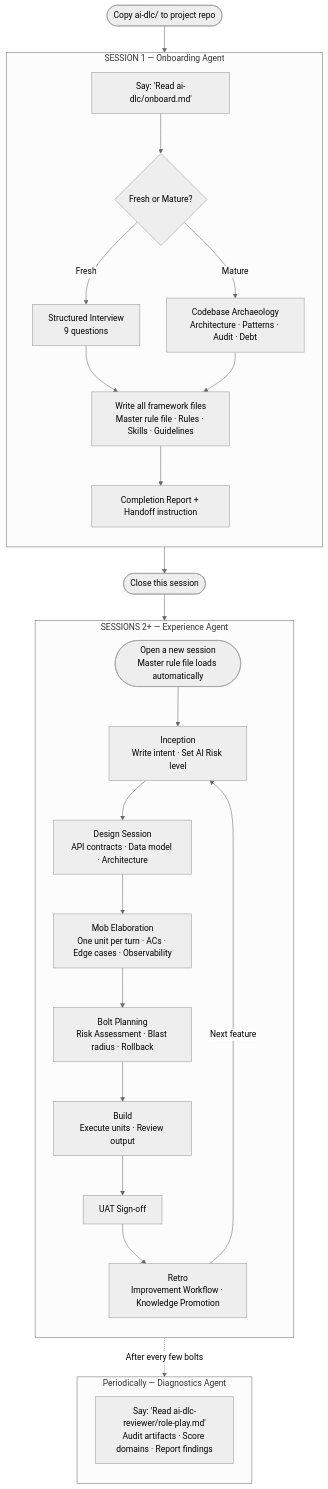
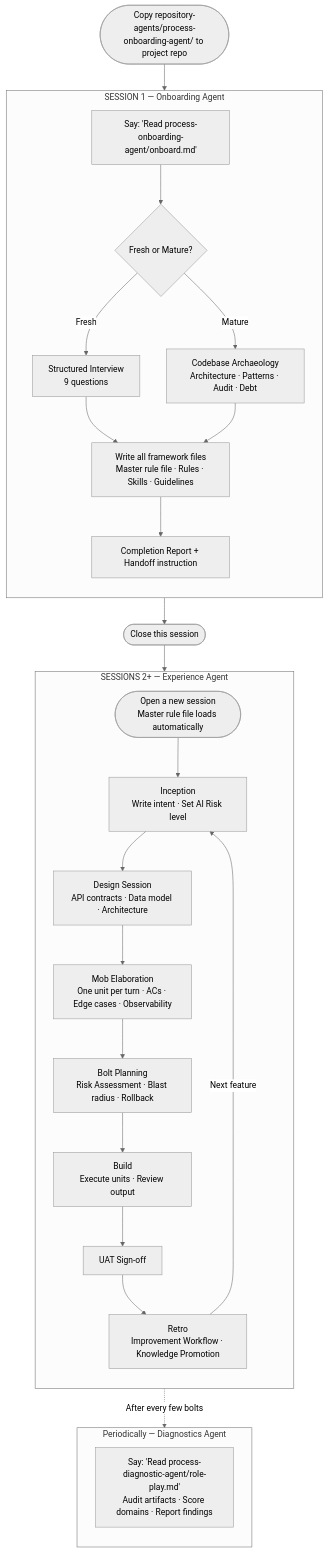
Before and after one commit to 99x-Projects/ai-dlc-base: the first of 2 diagrams in README.md, drawn with Mermaid (neutral theme). The commit also changed other lines of this file and 50 other files, not shown here.

````diff
--- a/README.md
+++ b/README.md
@@ -139,38 +139,38 @@
 ```mermaid
 flowchart TD
-    START([Copy ai-dlc/ to project repo])
+    START([Copy repository-agents/process-onboarding-agent/ to project repo])
     START --> OA_ENTRY
 
     subgraph OA ["SESSION 1 — Onboarding Agent"]
         direction TB
-        OA_ENTRY["Say: 'Read ai-dlc/onboard.md'"]
+        OA_ENTRY["Say: 'Read process-onboarding-agent/onboard.md'"]
         OA_ENTRY --> BRANCH{Fresh or Mature?}
         BRANCH -->|Fresh| INTERVIEW["Structured Interview\n9 questions"]
         BRANCH -->|Mature| ARCHAEOLOGY["Codebase Archaeology\nArchitecture · Patterns · Audit · Debt"]
         INTERVIEW --> FILES["Write all framework files\nMaster rule file · Rules · Skills · Guidelines"]
         ARCHAEOLOGY --> FILES
         FILES --> REPORT["Completion Report + Handoff instruction"]
     end
 
     OA --> BREAK(["Close this session"])
     BREAK --> NEW_SESSION(["Open a new session\nMaster rule file loads automatically"])
 
     subgraph EA ["SESSIONS 2+ — Experience Agent"]
         direction TB
         NEW_SESSION --> INCEPTION["Inception\nWrite intent · Set AI Risk level"]
         INCEPTION --> DESIGN["Design Session\nAPI contracts · Data model · Architecture"]
         DESIGN --> ELABORATION["Mob Elaboration\nOne unit per turn · ACs · Edge cases · Observability"]
         ELABORATION --> BOLTS["Bolt Planning\nRisk Assessment · Blast radius · Rollback"]
         BOLTS --> BUILD["Build\nExecute units · Review output"]
         BUILD --> UAT["UAT Sign-off"]
         UAT --> RETRO["Retro\nImprovement Workflow · Knowledge Promotion"]
         RETRO -->|Next feature| INCEPTION
     end
 
     subgraph DIAG ["Periodically — Diagnostics Agent"]
         direction TB
-        REVIEW["Say: 'Read ai-dlc-reviewer/role-play.md'\nAudit artifacts · Score domains · Report findings"]
+        REVIEW["Say: 'Read process-diagnostic-agent/role-play.md'\nAudit artifacts · Score domains · Report findings"]
     end
 
     EA -. "After every few bolts" .-> DIAG
 ```
````
